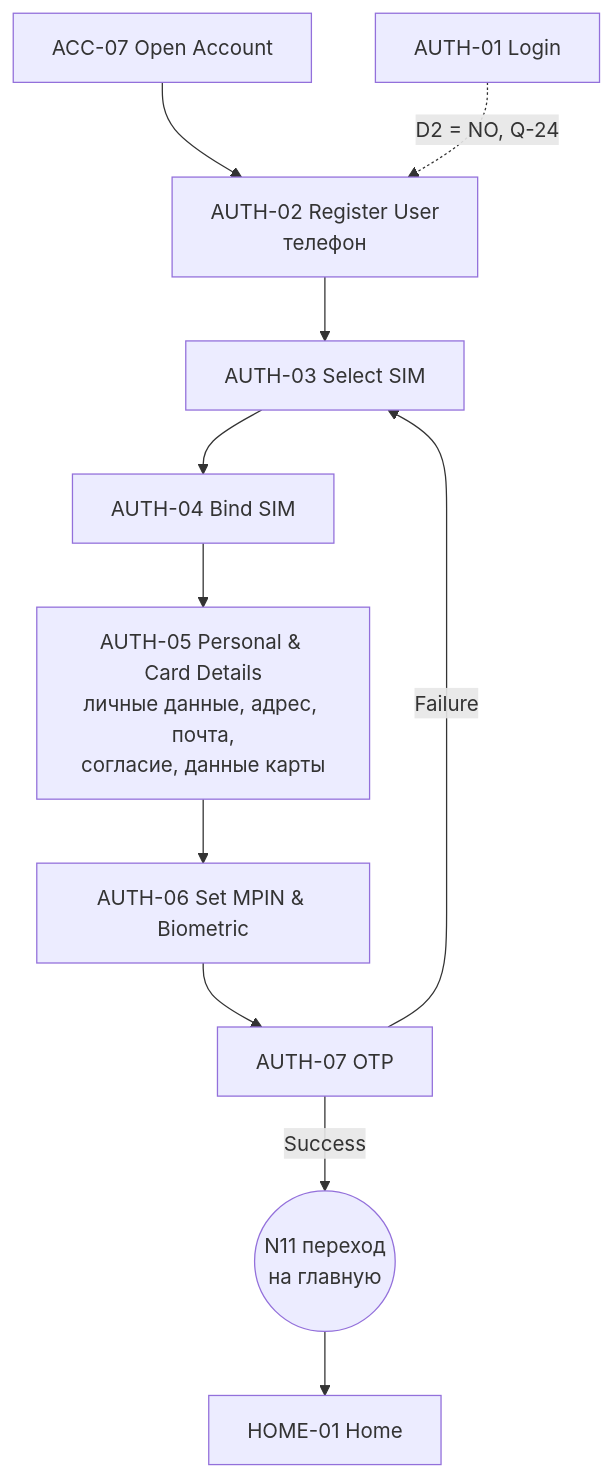
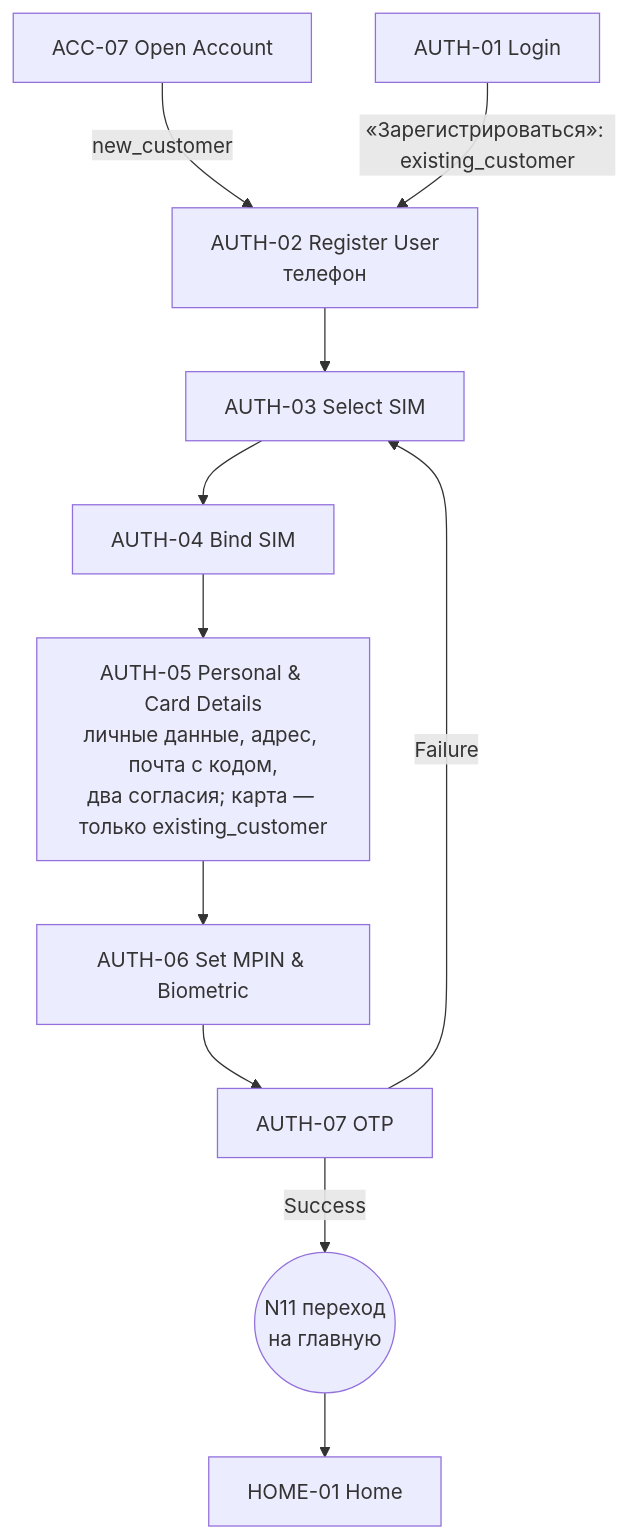
Before and after one commit to Shustrjak/claude_repo: the second of 7 diagrams in docs/ui/USER_FLOWS.md, drawn with Mermaid. The commit also changed other lines of this file and 6 other files, not shown here.

````diff
--- a/docs/ui/USER_FLOWS.md
+++ b/docs/ui/USER_FLOWS.md
@@ -55,13 +61,13 @@
 ```mermaid
 flowchart TD
-  ACC07[ACC-07 Open Account] --> AUTH02[AUTH-02 Register User<br/>телефон]
-  AUTH01[AUTH-01 Login] -. "D2 = NO, Q-24" .-> AUTH02
+  ACC07[ACC-07 Open Account] -- new_customer --> AUTH02[AUTH-02 Register User<br/>телефон]
+  AUTH01[AUTH-01 Login] -- "«Зарегистрироваться»: existing_customer" --> AUTH02
   AUTH02 --> AUTH03[AUTH-03 Select SIM]
   AUTH03 --> AUTH04[AUTH-04 Bind SIM]
-  AUTH04 --> AUTH05[AUTH-05 Personal & Card Details<br/>личные данные, адрес, почта,<br/>согласие, данные карты]
+  AUTH04 --> AUTH05[AUTH-05 Personal & Card Details<br/>личные данные, адрес, почта с кодом,<br/>два согласия; карта — только existing_customer]
   AUTH05 --> AUTH06[AUTH-06 Set MPIN & Biometric]
   AUTH06 --> AUTH07[AUTH-07 OTP]
   AUTH07 -- Success --> T11((N11 переход<br/>на главную))
   T11 --> HOME01[HOME-01 Home]
   AUTH07 -- Failure --> AUTH03
 ```
````
